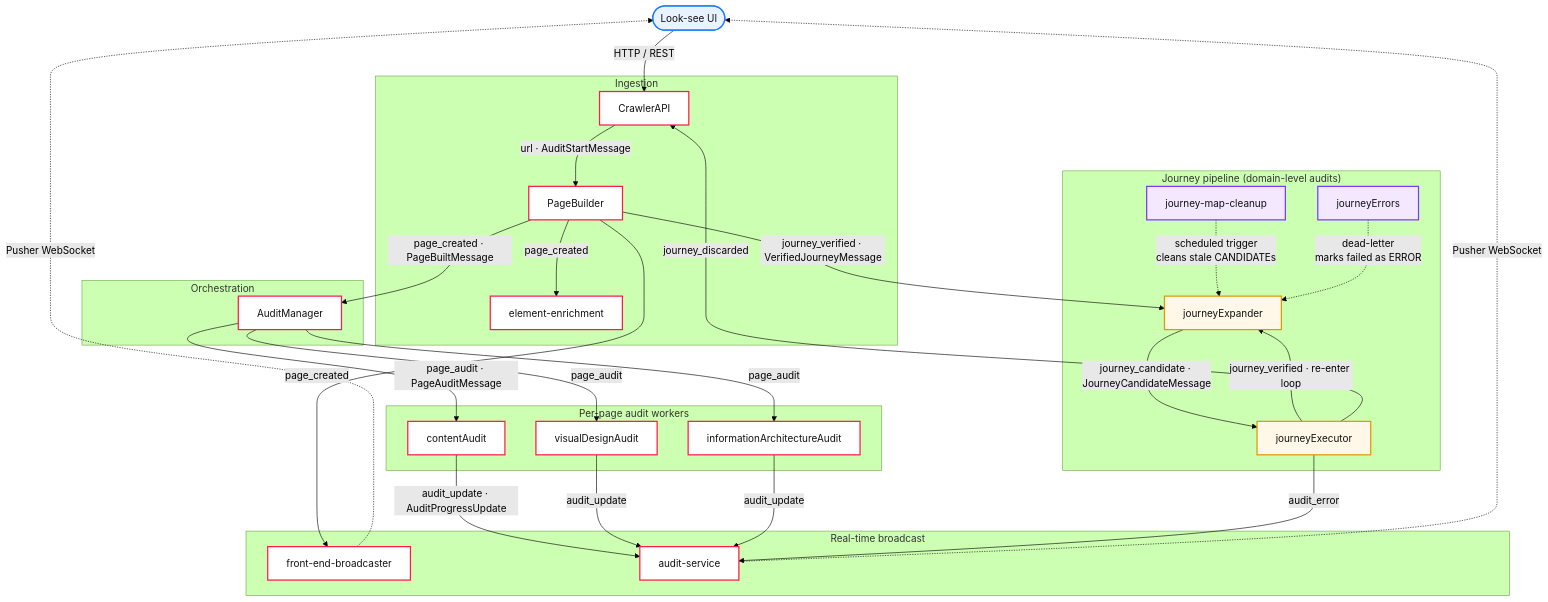
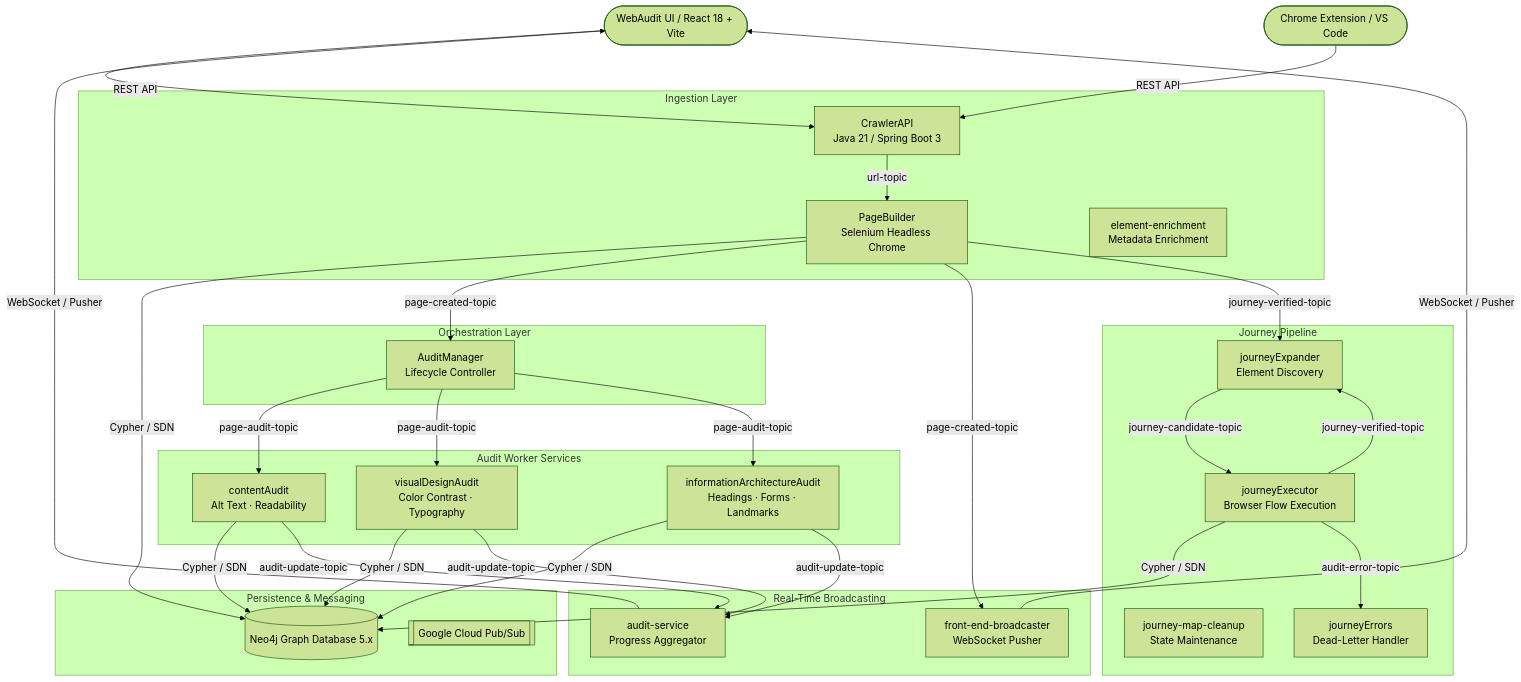
One commit to Akshgit17/WebAudit changed the first of 2 diagrams in README.md. Above: the diagram before and after it, drawn with Mermaid (forest theme). The commit also changed other lines of this file and 5278 other files, not shown here.

Commit message:
WebAudit - Automated Website Auditing Platform

````diff
--- a/README.md
+++ b/README.md
@@ -285,68 +116,66 @@
 ```mermaid
 flowchart TD
-    UI([Look-see UI])
+    UI([WebAudit UI / React 18 + Vite])
+    EXT([Chrome Extension / VS Code])
 
-    subgraph Ingestion["Ingestion"]
-        API[CrawlerAPI]
-        PB[PageBuilder]
-        EE[element-enrichment]
+    subgraph Ingestion["Ingestion Layer"]
+        API[CrawlerAPI<br/>Java 21 / Spring Boot 3]
+        PB[PageBuilder<br/>Selenium Headless Chrome]
+        EE[element-enrichment<br/>Metadata Enrichment]
     end
 
-    subgraph Orchestration["Orchestration"]
-        AM[AuditManager]
+    subgraph Orchestration["Orchestration Layer"]
+        AM[AuditManager<br/>Lifecycle Controller]
     end
 
-    subgraph PageAudits["Per-page audit workers"]
-        CA[contentAudit]
-        VD[visualDesignAudit]
-        IA[informationArchitectureAudit]
+    subgraph Workers["Audit Worker Services"]
+        CA["contentAudit<br/>Alt Text · Readability"]
+        VD["visualDesignAudit<br/>Color Contrast · Typography"]
+        IA["informationArchitectureAudit<br/>Headings · Forms · Landmarks"]
     end
 
-    subgraph JourneyPipeline["Journey pipeline (domain-level audits)"]
-        JX[journeyExpander]
-        JE[journeyExecutor]
-        JCL[journey-map-cleanup]
-        JER[journeyErrors]
+    subgraph Journey["Journey Pipeline"]
+        JX[journeyExpander<br/>Element Discovery]
+        JE[journeyExecutor<br/>Browser Flow Execution]
+        JC[journey-map-cleanup<br/>State Maintenance]
+        DL[journeyErrors<br/>Dead-Letter Handler]
     end
 
-    subgraph Broadcast["Real-time broadcast"]
-        FB[front-end-broadcaster]
-        AS[audit-service]
+    subgraph Storage["Persistence & Messaging"]
+        NEO[(Neo4j Graph Database 5.x)]
+        PS[[Google Cloud Pub/Sub]]
     end
 
-    UI -->|HTTP / REST| API
-    API -->|url · AuditStartMessage| PB
+    subgraph RealTime["Real-Time Broadcasting"]
+        AS[audit-service<br/>Progress Aggregator]
+        BC[front-end-broadcaster<br/>WebSocket Pusher]
+    end
 
-    PB -->|page_created · PageBuiltMessage| AM
-    PB -->|page_created| FB
-    PB -->|page_created| EE
-    PB -->|journey_verified · VerifiedJourneyMessage| JX
+    UI -->|REST API| API
+    EXT -->|REST API| API
+    API -->|url-topic| PB
+    PB -->|Cypher / SDN| NEO
+    PB -->|page-created-topic| AM
+    PB -->|page-created-topic| BC
+    PB -->|journey-verified-topic| JX
 
-    AM -->|page_audit · PageAuditMessage| CA
-    AM -->|page_audit| VD
-    AM -->|page_audit| IA
+    AM -->|page-audit-topic| CA
+    AM -->|page-audit-topic| VD
+    AM -->|page-audit-topic| IA
 
-    CA -->|audit_update · AuditProgressUpdate| AS
-    VD -->|audit_update| AS
-    IA -->|audit_update| AS
+    CA -->|Cypher / SDN| NEO
+    VD -->|Cypher / SDN| NEO
+    IA -->|Cypher / SDN| NEO
 
-    JX -->|journey_candidate · JourneyCandidateMessage| JE
-    JE -->|journey_verified · re-enter loop| JX
-    JE -->|journey_discarded| API
-    JE -->|audit_error| AS
+    CA -->|audit-update-topic| AS
+    VD -->|audit-update-topic| AS
+    IA -->|audit-update-topic| AS
 
-    JCL -. scheduled trigger<br/>cleans stale CANDIDATEs .-> JX
-    JER -. dead-letter<br/>marks failed as ERROR .-> JX
+    JX -->|journey-candidate-topic| JE
+    JE -->|journey-verified-topic| JX
+    JE -->|Cypher / SDN| NEO
+    JE -->|audit-error-topic| DL
 
-    FB -. Pusher WebSocket .-> UI
-    AS -. Pusher WebSocket .-> UI
-
-    classDef svc fill:#fff,stroke:#ff1a4b,stroke-width:2px,color:#111
-    classDef client fill:#e8f3ff,stroke:#1e7cff,stroke-width:2px,color:#111
-    classDef journey fill:#fff7e8,stroke:#e39800,stroke-width:2px,color:#111
-    classDef ops fill:#f3e8ff,stroke:#7a3cff,stroke-width:2px,color:#111
-    class API,PB,EE,AM,CA,VD,IA,FB,AS svc
-    class UI client
-    class JX,JE journey
-    class JCL,JER ops
+    AS -->|WebSocket / Pusher| UI
+    BC -->|WebSocket / Pusher| UI
 ```
````
